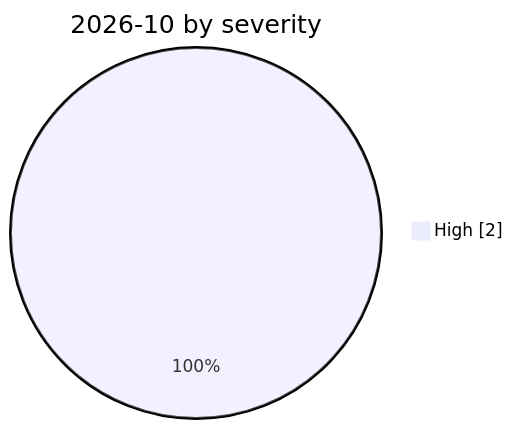
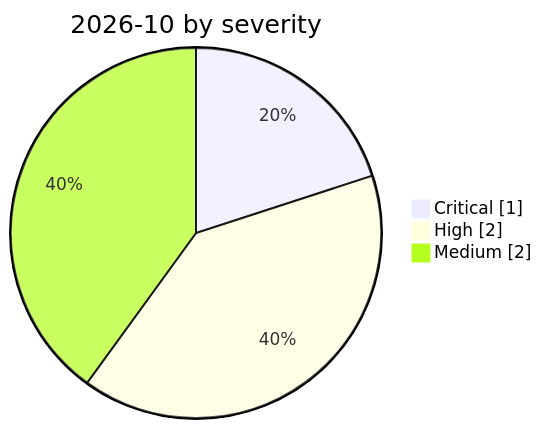
The diagram in incidents/2026-10/README.md (Continuum-AI-Corp/Orca-AI-Incident-Archive), drawn with Mermaid before and after one commit. The commit also changed other lines of this file and 37 other files, not shown here.

````diff
--- a/incidents/2026-10/README.md
+++ b/incidents/2026-10/README.md
@@ -8,5 +8,7 @@
 ```mermaid
 pie showData
     title 2026-10 by severity
+    "Critical" : 1
     "High" : 2
+    "Medium" : 2
 ```
````
